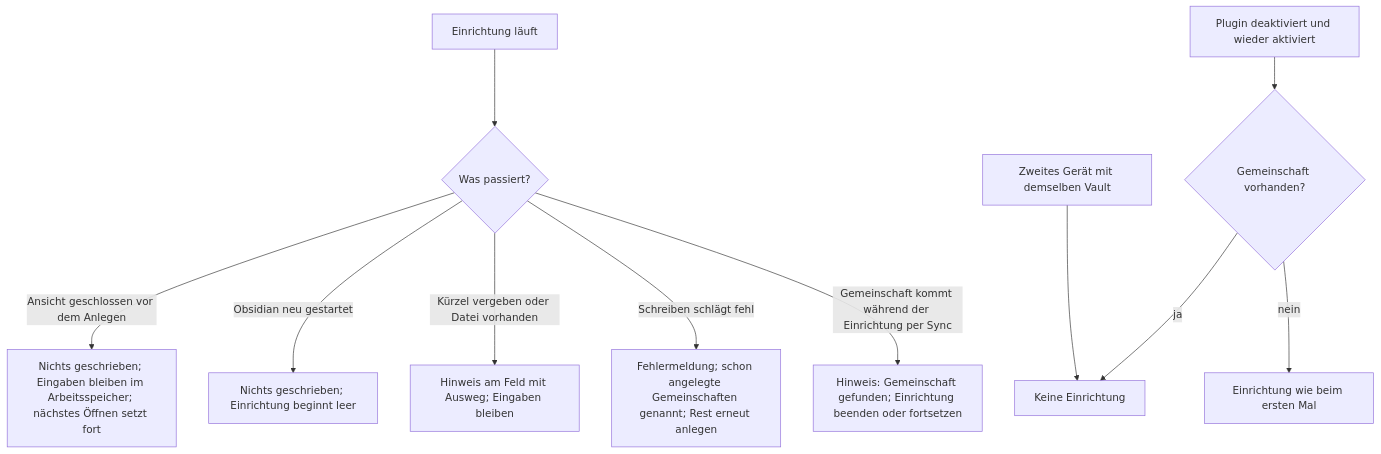
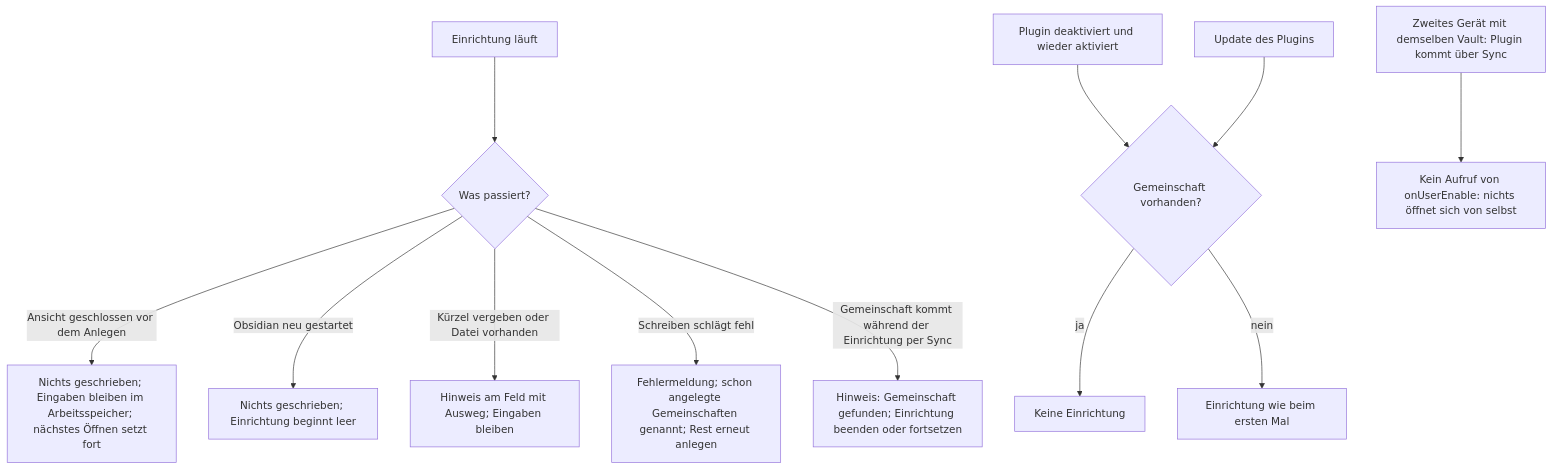
Before and after one commit to Luis85/weg-manager: the second of 3 diagrams in docs/design/user-flows/FLOW-09 - Erststart, Einrichtung und Einführung.md, drawn with Mermaid. The commit also changed 4 other files, not shown here.

First line of the commit message:
docs: onUserEnable per Spike geklärt (K-19, O-19d)

````diff
--- a/docs/design/user-flows/FLOW-09 - Erststart, Einrichtung und Einführung.md
+++ b/docs/design/user-flows/FLOW-09 - Erststart, Einrichtung und Einführung.md
@@ -55,13 +55,14 @@
 ```mermaid
 flowchart TD
   A[Einrichtung läuft] --> B{Was passiert?}
   B -- Ansicht geschlossen vor dem Anlegen --> C[Nichts geschrieben; Eingaben bleiben im Arbeitsspeicher; nächstes Öffnen setzt fort]
   B -- Obsidian neu gestartet --> C2[Nichts geschrieben; Einrichtung beginnt leer]
   B -- Kürzel vergeben oder Datei vorhanden --> D[Hinweis am Feld mit Ausweg; Eingaben bleiben]
   B -- Schreiben schlägt fehl --> E[Fehlermeldung; schon angelegte Gemeinschaften genannt; Rest erneut anlegen]
   B -- Gemeinschaft kommt während der Einrichtung per Sync --> F[Hinweis: Gemeinschaft gefunden; Einrichtung beenden oder fortsetzen]
   G[Plugin deaktiviert und wieder aktiviert] --> H{Gemeinschaft vorhanden?}
   H -- ja --> I[Keine Einrichtung]
   H -- nein --> J[Einrichtung wie beim ersten Mal]
-  K[Zweites Gerät mit demselben Vault] --> I
+  K[Zweites Gerät mit demselben Vault: Plugin kommt über Sync] --> I2[Kein Aufruf von onUserEnable: nichts öffnet sich von selbst]
+  U[Update des Plugins] --> H
 ```
````
